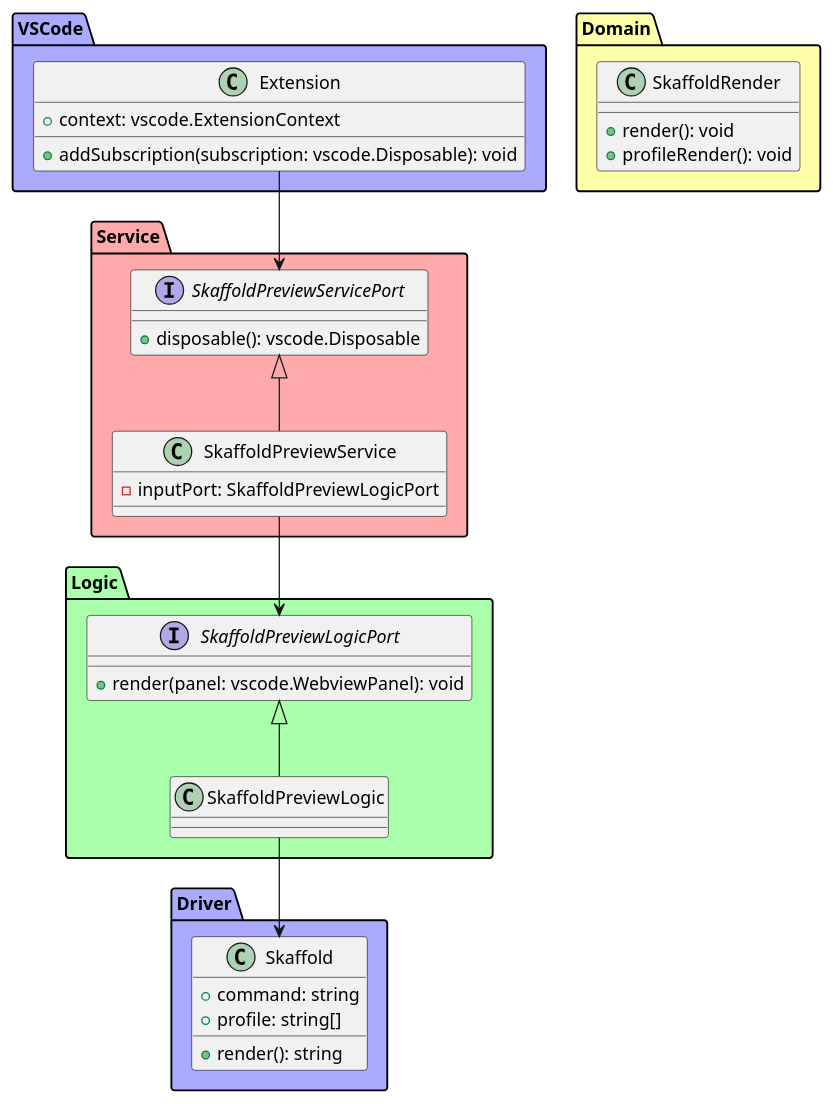
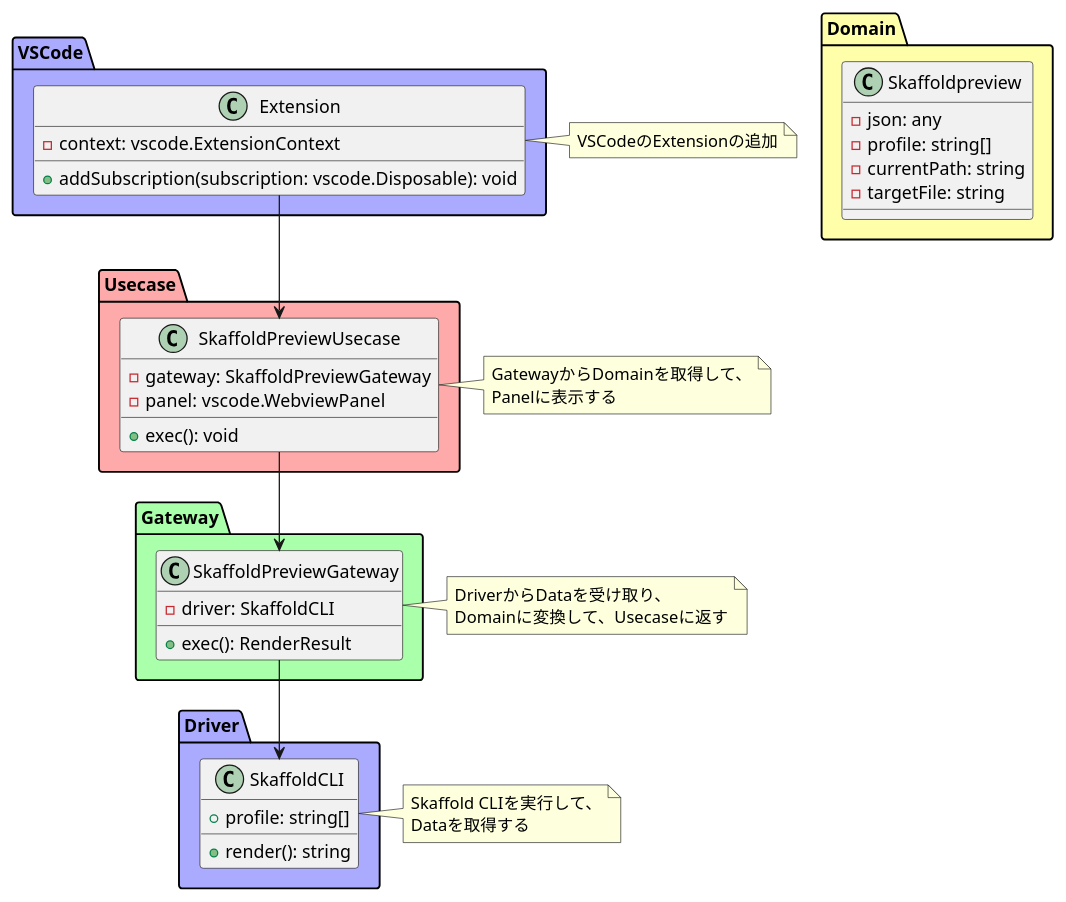
One commit to maaaashi/skaffold-preview changed the diagram in docs/class.pu. Above: the diagram before and after it, drawn with PlantUML. The commit also changed 25 other files, not shown here.

```diff
--- a/docs/class.pu
+++ b/docs/class.pu
@@ -1,55 +1,67 @@
 @startuml
 
 package VSCode #AAAAFF {
   class Extension {
-    + context: vscode.ExtensionContext
+    - context: vscode.ExtensionContext
     + addSubscription(subscription: vscode.Disposable): void
   }
 }
 
-package Service #FFAAAA {
-  interface SkaffoldPreviewServicePort {
-    + disposable(): vscode.Disposable
-  }
-
-  class SkaffoldPreviewService {
-    - inputPort: SkaffoldPreviewLogicPort
-  }
-
-  SkaffoldPreviewServicePort <|-down- SkaffoldPreviewService
-}
-
-SkaffoldPreviewServicePort <-up- Extension
-
-package Logic #AAFFAA {
-  interface SkaffoldPreviewLogicPort {
-    + render(panel: vscode.WebviewPanel): void
-  }
-
-  class SkaffoldPreviewLogic {
-  }
-
-  SkaffoldPreviewLogicPort <|-down- SkaffoldPreviewLogic
-  SkaffoldPreviewLogicPort <-up- SkaffoldPreviewService
-}
-
 package Domain #FFFFAA {
-  class SkaffoldRender {
-    + render(): void
-    + profileRender(): void
+  class Skaffoldpreview {
+    - json: any
+    - profile: string[]
+    - currentPath: string
+    - targetFile: string
   }
 }
 
+note right of Extension
+  VSCodeのExtensionの追加
+end note
+
+package Usecase #FFAAAA {
+  class SkaffoldPreviewUsecase {
+    - gateway: SkaffoldPreviewGateway
+    - panel: vscode.WebviewPanel
+    + exec(): void
+  }
+}
+
+note right of SkaffoldPreviewUsecase
+  GatewayからDomainを取得して、
+  Panelに表示する
+end note
+
+SkaffoldPreviewUsecase <-up- Extension
+
+package Gateway #AAFFAA {
+  class SkaffoldPreviewGateway {
+    - driver: SkaffoldCLI
+    + exec(): RenderResult
+  }
+
+  SkaffoldPreviewGateway <-up- SkaffoldPreviewUsecase
+}
+
+note right of SkaffoldPreviewGateway
+  DriverからDataを受け取り、
+  Domainに変換して、Usecaseに返す
+end note
+
 package Driver #AAAAFF {
-  class Skaffold {
-    + command: string
+  class SkaffoldCLI {
     + profile: string[]
-
     + render(): string
   }
 }
 
-Skaffold <-up- SkaffoldPreviewLogic
+note right of SkaffoldCLI
+  Skaffold CLIを実行して、
+  Dataを取得する
+end note
+
+SkaffoldCLI <-up- SkaffoldPreviewGateway
 
 
 @enduml
```
